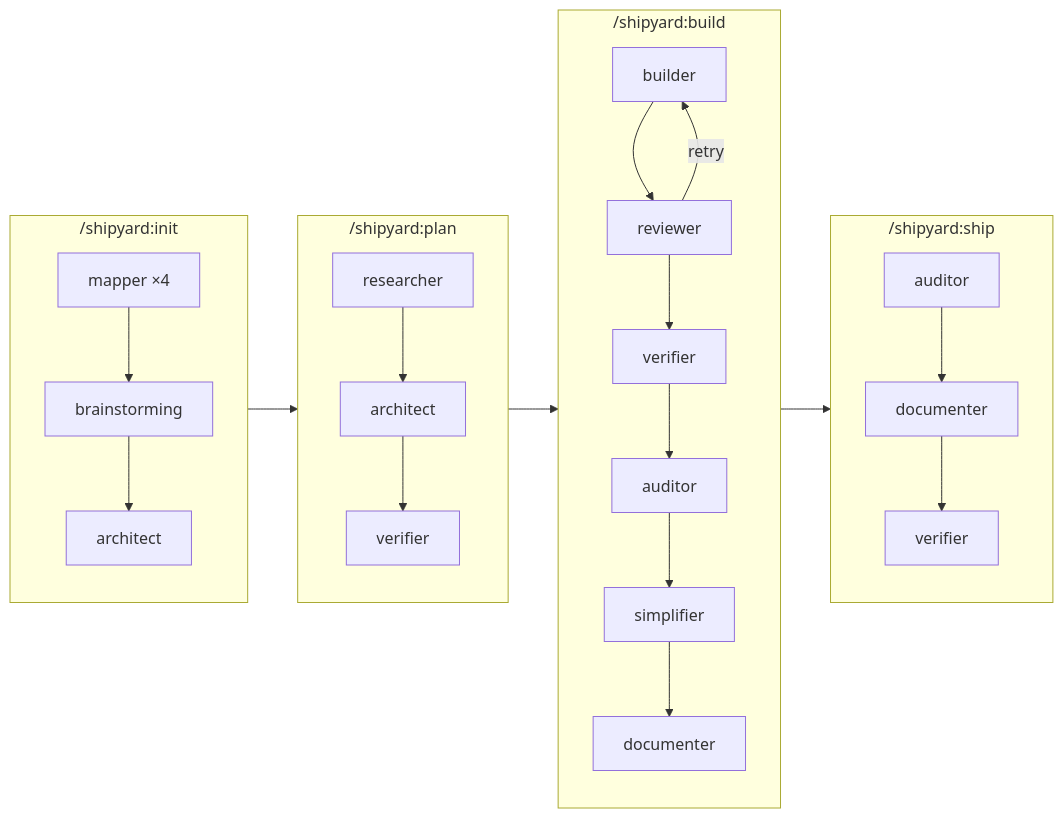
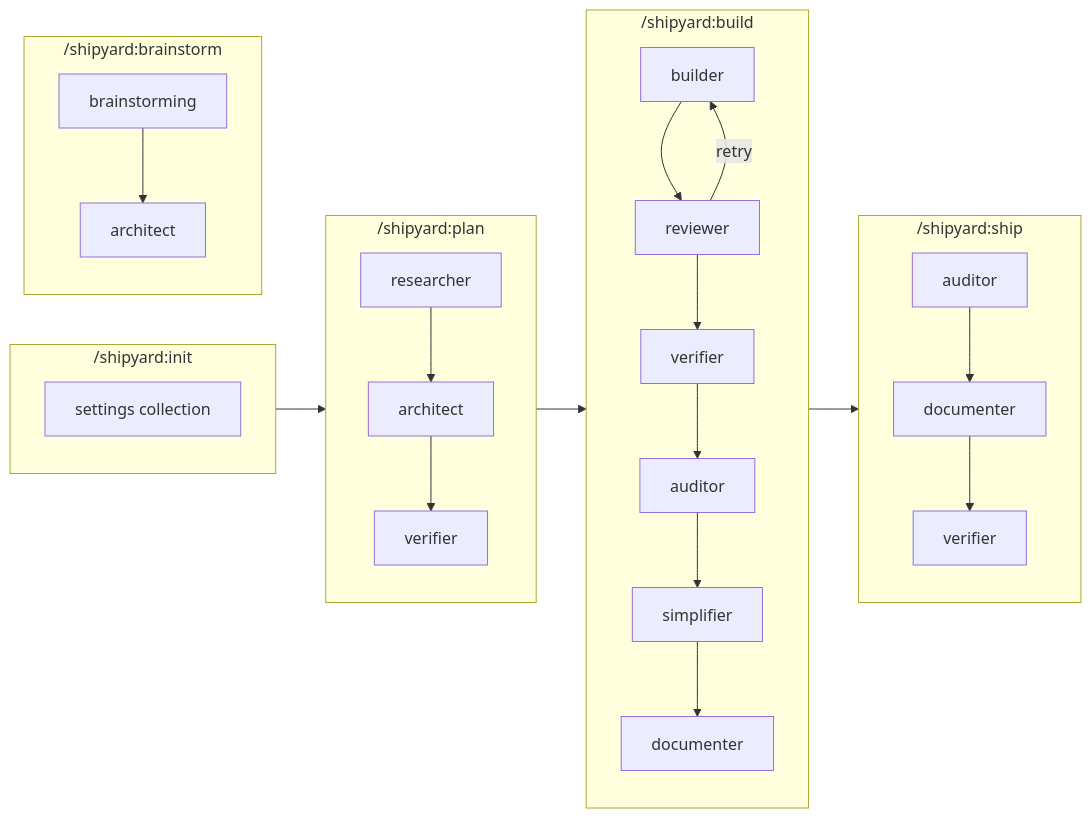
One commit to lgbarn/shipyard changed the diagram in docs/AGENT-GUIDE.md. Above: the diagram before and after it, drawn with Mermaid. The commit also changed other lines of this file and 14 other files, not shown here.

First line of the commit message:
feat: decompose init, add settings/brainstorm commands, improve UX (v3.1.0)

````diff
--- a/docs/AGENT-GUIDE.md
+++ b/docs/AGENT-GUIDE.md
@@ -29,24 +29,26 @@
 ```mermaid
 graph LR
     subgraph init ["/shipyard:init"]
-        M[mapper ×4] --> B[brainstorming]
-        B --> A1[architect]
+        S[settings collection]
+    end
+    subgraph brainstorm ["/shipyard:brainstorm"]
+        BR[brainstorming] --> A0[architect]
     end
     subgraph plan ["/shipyard:plan"]
         R[researcher] --> A2[architect]
         A2 --> V1[verifier]
     end
     subgraph build ["/shipyard:build"]
         BU[builder] --> RV[reviewer]
         RV -->|retry| BU
         RV --> V2[verifier]
         V2 --> AU[auditor]
         AU --> SI[simplifier]
         SI --> DO[documenter]
     end
     subgraph ship ["/shipyard:ship"]
         AU2[auditor] --> DO2[documenter]
         DO2 --> V3[verifier]
     end
     init --> plan --> build --> ship
 ```
````
